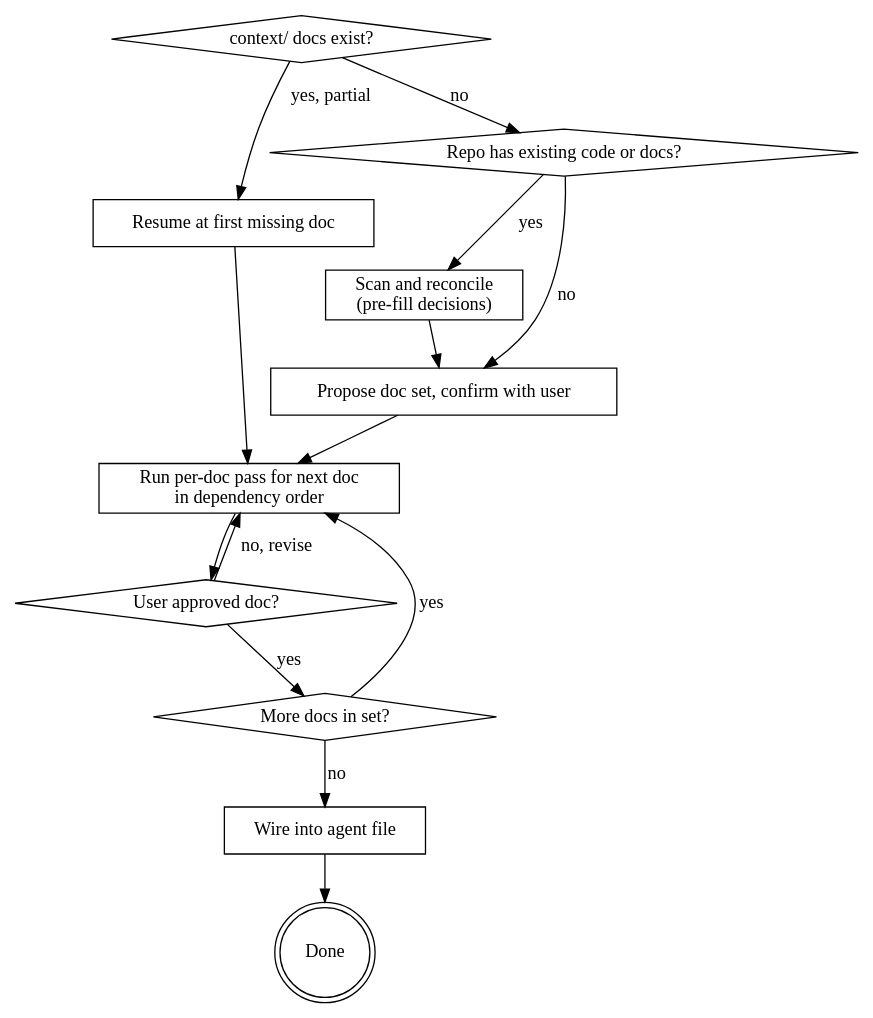
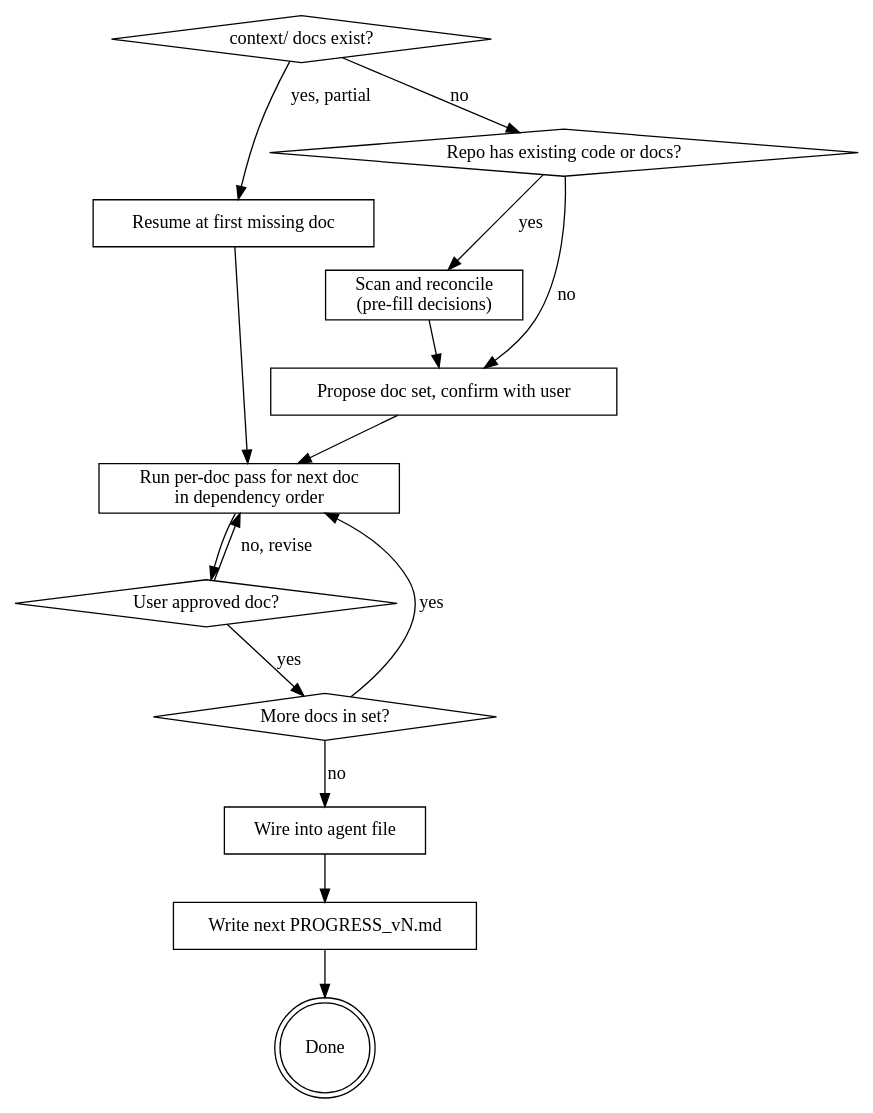
Before and after one commit to gbcstro/context-docs-kit: the diagram in skills/bootstrapping-context-docs/SKILL.md, drawn with Graphviz. The commit also changed other lines of this file and 5 other files, not shown here.

````diff
--- a/skills/bootstrapping-context-docs/SKILL.md
+++ b/skills/bootstrapping-context-docs/SKILL.md
@@ -53,28 +55,30 @@
 ```dot
 digraph bootstrap {
     "context/ docs exist?" [shape=diamond];
     "Resume at first missing doc" [shape=box];
     "Repo has existing code or docs?" [shape=diamond];
     "Scan and reconcile\n(pre-fill decisions)" [shape=box];
     "Propose doc set, confirm with user" [shape=box];
     "Run per-doc pass for next doc\nin dependency order" [shape=box];
     "User approved doc?" [shape=diamond];
     "More docs in set?" [shape=diamond];
     "Wire into agent file" [shape=box];
+    "Write next PROGRESS_vN.md" [shape=box];
     "Done" [shape=doublecircle];
 
     "context/ docs exist?" -> "Resume at first missing doc" [label="yes, partial"];
     "context/ docs exist?" -> "Repo has existing code or docs?" [label="no"];
     "Repo has existing code or docs?" -> "Scan and reconcile\n(pre-fill decisions)" [label="yes"];
     "Repo has existing code or docs?" -> "Propose doc set, confirm with user" [label="no"];
     "Scan and reconcile\n(pre-fill decisions)" -> "Propose doc set, confirm with user";
     "Resume at first missing doc" -> "Run per-doc pass for next doc\nin dependency order";
     "Propose doc set, confirm with user" -> "Run per-doc pass for next doc\nin dependency order";
     "Run per-doc pass for next doc\nin dependency order" -> "User approved doc?";
     "User approved doc?" -> "Run per-doc pass for next doc\nin dependency order" [label="no, revise"];
     "User approved doc?" -> "More docs in set?" [label="yes"];
     "More docs in set?" -> "Run per-doc pass for next doc\nin dependency order" [label="yes"];
     "More docs in set?" -> "Wire into agent file" [label="no"];
-    "Wire into agent file" -> "Done";
+    "Wire into agent file" -> "Write next PROGRESS_vN.md";
+    "Write next PROGRESS_vN.md" -> "Done";
 }
 ```
````
